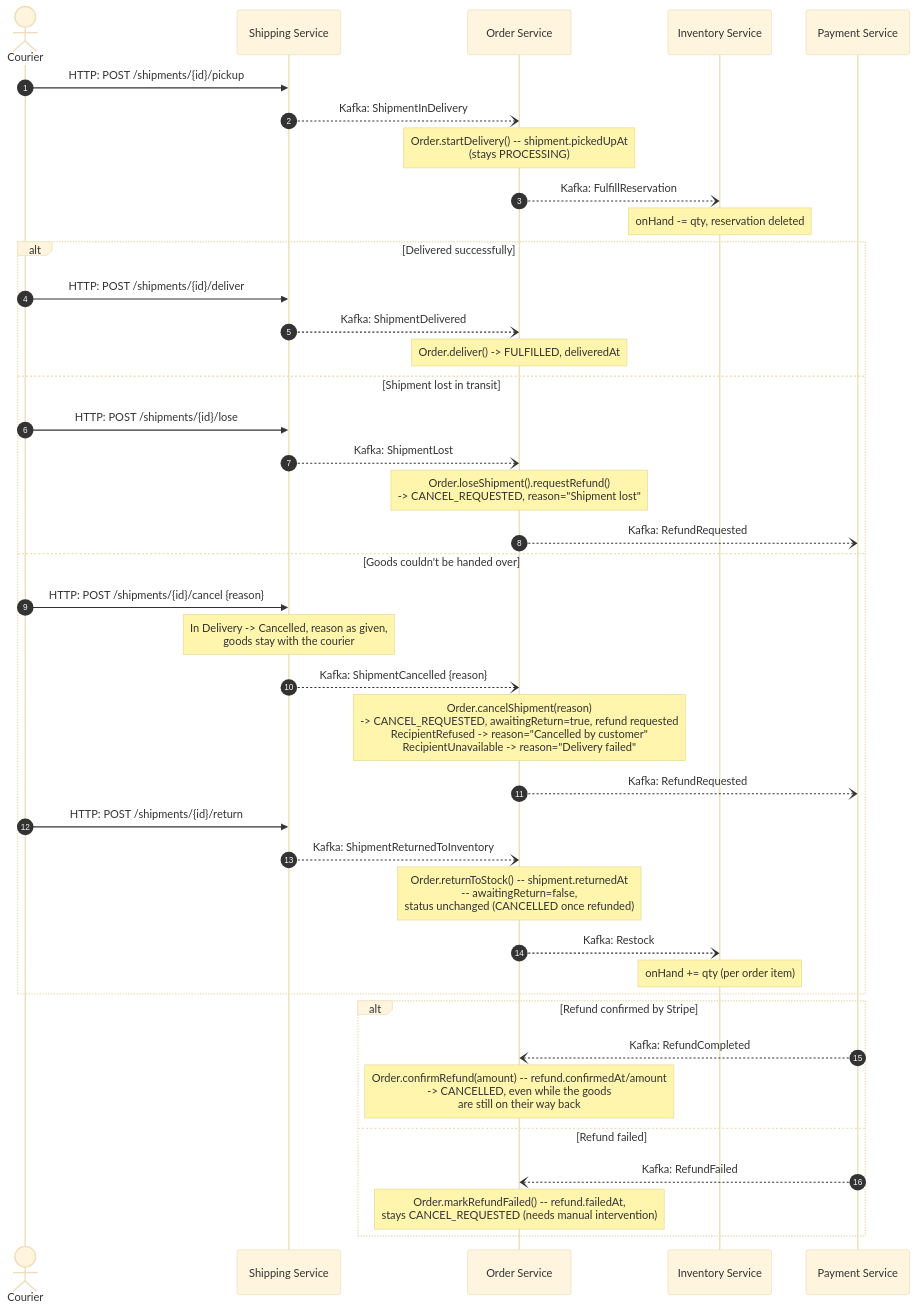
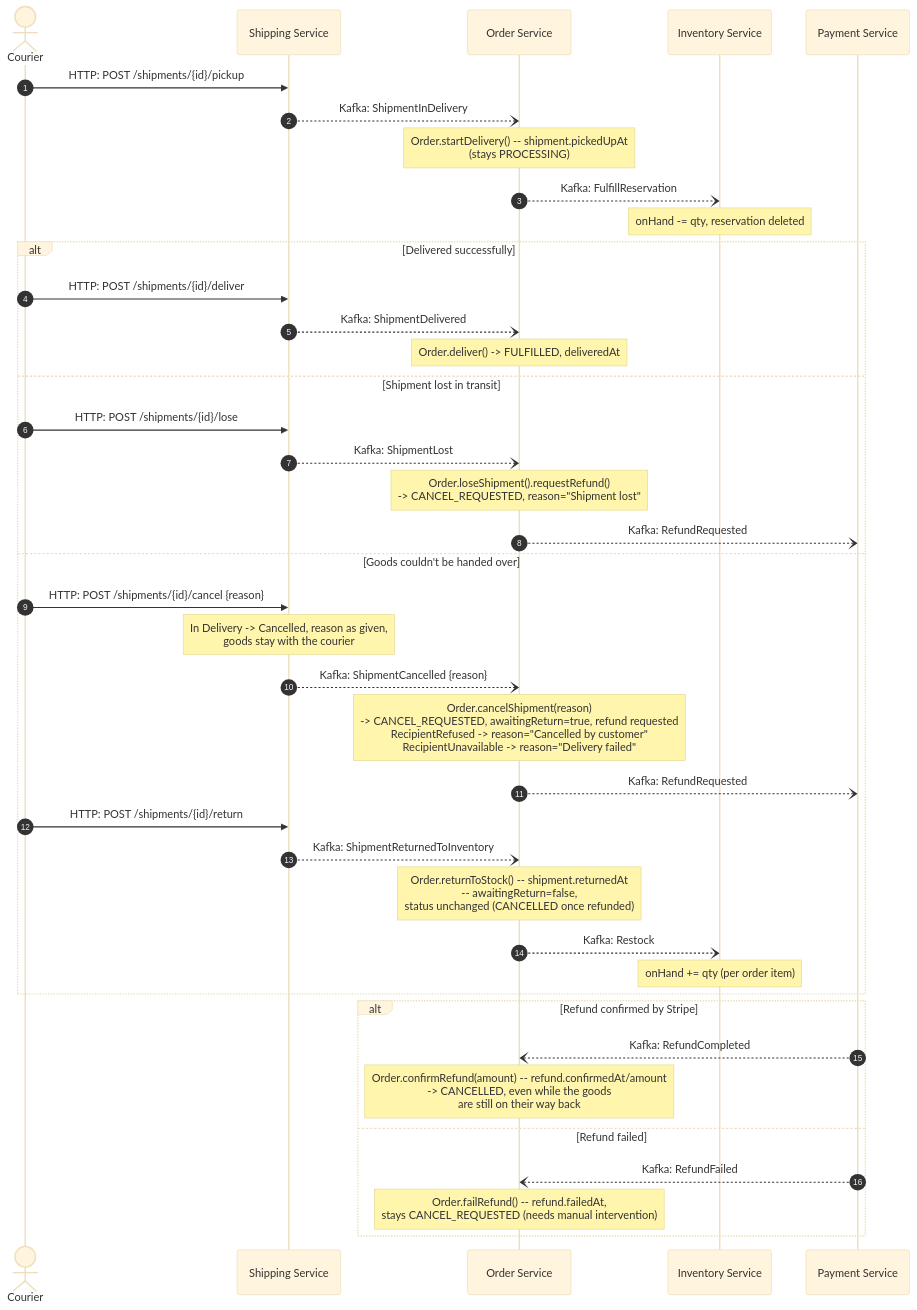
Before and after one commit to ihorhartmann/E-commerce-App: the fourth of 6 diagrams in docs/order_saga.md, drawn with Mermaid (base theme). The commit also changed other lines of this file, not shown here.

First line of the commit message:
IHO-81 Docs: cancelling an unpaid order

````diff
--- a/docs/order_saga.md
+++ b/docs/order_saga.md
@@ -150,48 +174,48 @@
 ```mermaid
 sequenceDiagram
     autonumber
     actor C as Courier
     participant Sh as Shipping Service
     participant O as Order Service
     participant I as Inventory Service
     participant P as Payment Service
 
     C->>Sh: HTTP: POST /shipments/{id}/pickup
     Sh--)O: Kafka: ShipmentInDelivery
     Note over O: Order.startDelivery() -- shipment.pickedUpAt<br/>(stays PROCESSING)
     O--)I: Kafka: FulfillReservation
     Note over I: onHand -= qty, reservation deleted
 
     alt Delivered successfully
         C->>Sh: HTTP: POST /shipments/{id}/deliver
         Sh--)O: Kafka: ShipmentDelivered
         Note over O: Order.deliver() -> FULFILLED, deliveredAt
 
     else Shipment lost in transit
         C->>Sh: HTTP: POST /shipments/{id}/lose
         Sh--)O: Kafka: ShipmentLost
         Note over O: Order.loseShipment().requestRefund()<br/>-> CANCEL_REQUESTED, reason="Shipment lost"
         O--)P: Kafka: RefundRequested
 
     else Goods couldn't be handed over
         C->>Sh: HTTP: POST /shipments/{id}/cancel {reason}
         Note over Sh: In Delivery -> Cancelled, reason as given,<br/>goods stay with the courier
         Sh--)O: Kafka: ShipmentCancelled {reason}
         Note over O: Order.cancelShipment(reason)<br/>-> CANCEL_REQUESTED, awaitingReturn=true, refund requested<br/>RecipientRefused -> reason="Cancelled by customer"<br/>RecipientUnavailable -> reason="Delivery failed"
         O--)P: Kafka: RefundRequested
 
         C->>Sh: HTTP: POST /shipments/{id}/return
         Sh--)O: Kafka: ShipmentReturnedToInventory
         Note over O: Order.returnToStock() -- shipment.returnedAt<br/>-- awaitingReturn=false,<br/>status unchanged (CANCELLED once refunded)
         O--)I: Kafka: Restock
         Note over I: onHand += qty (per order item)
     end
 
     alt Refund confirmed by Stripe
         P--)O: Kafka: RefundCompleted
         Note over O: Order.confirmRefund(amount) -- refund.confirmedAt/amount<br/>-> CANCELLED, even while the goods<br/>are still on their way back
     else Refund failed
         P--)O: Kafka: RefundFailed
-        Note over O: Order.markRefundFailed() -- refund.failedAt,<br/>stays CANCEL_REQUESTED (needs manual intervention)
+        Note over O: Order.failRefund() -- refund.failedAt,<br/>stays CANCEL_REQUESTED (needs manual intervention)
     end
 ```
````
